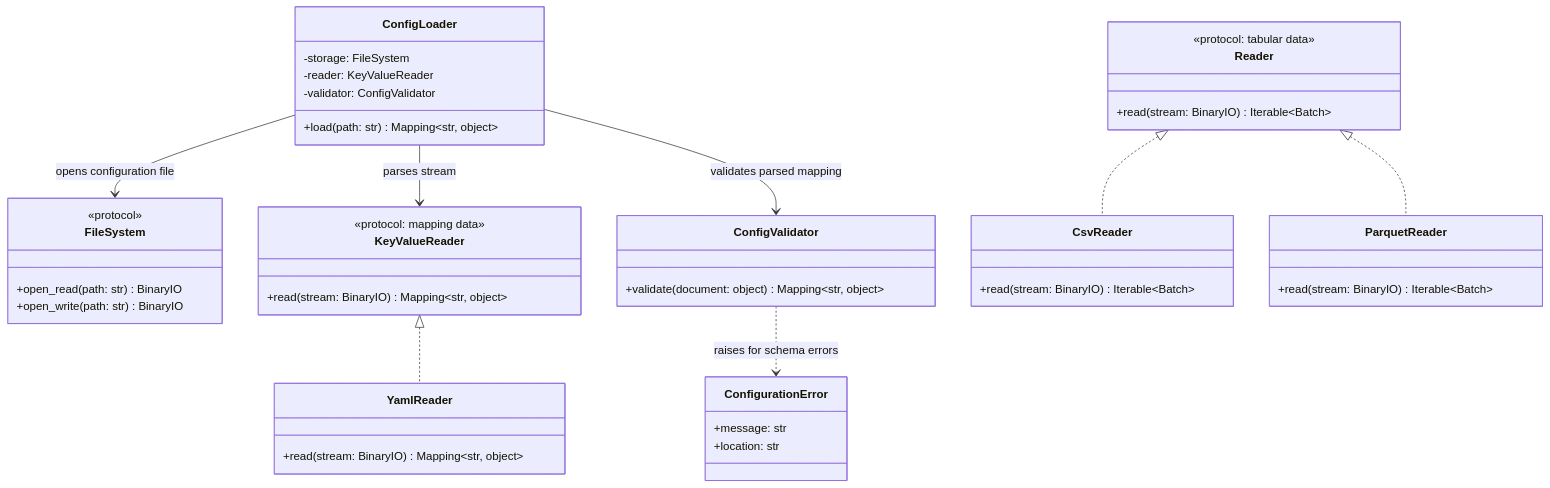
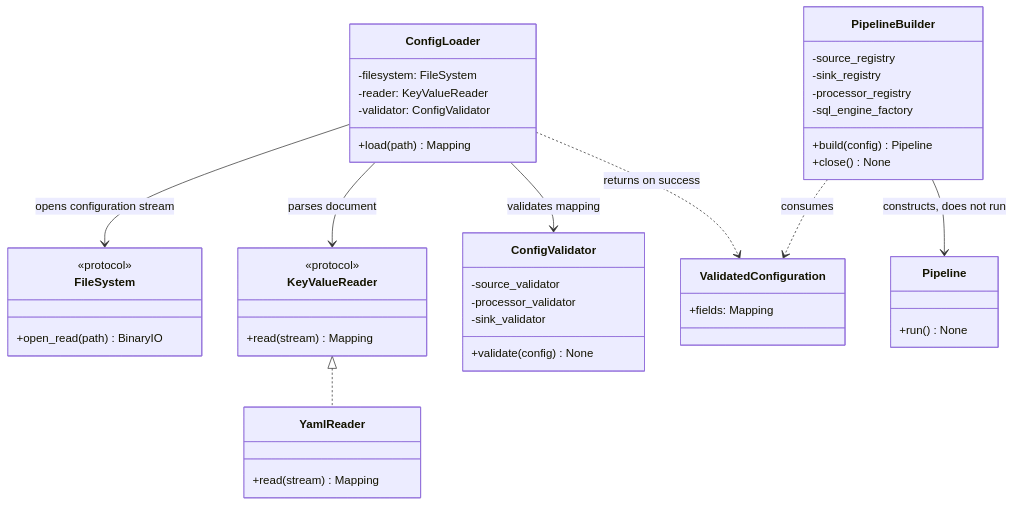
One commit to apaquette/ETLRelay changed the second of 2 diagrams in docs/architecture/configuration-loading.md. Above: the diagram before and after it, drawn with Mermaid. The commit also changed other lines of this file and 38 other files, not shown here.

````diff
--- a/docs/architecture/configuration-loading.md
+++ b/docs/architecture/configuration-loading.md
@@ -17,56 +81,50 @@
 ```mermaid
 classDiagram
     direction TB
 
     class FileSystem {
         <<protocol>>
-        +open_read(path: str) BinaryIO
-        +open_write(path: str) BinaryIO
+        +open_read(path) BinaryIO
+    }
+    class KeyValueReader {
+        <<protocol>>
+        +read(stream) Mapping
+    }
+    class YamlReader {
+        +read(stream) Mapping
+    }
+    class ConfigLoader {
+        -filesystem: FileSystem
+        -reader: KeyValueReader
+        -validator: ConfigValidator
+        +load(path) Mapping
+    }
+    class ConfigValidator {
+        -source_validator
+        -processor_validator
+        -sink_validator
+        +validate(config) None
+    }
+    class PipelineBuilder {
+        -source_registry
+        -sink_registry
+        -processor_registry
+        -sql_engine_factory
+        +build(config) Pipeline
+        +close() None
+    }
+    class Pipeline {
+        +run() None
+    }
+    class ValidatedConfiguration {
+        +fields: Mapping
     }
 
-    class Reader {
-        <<protocol: tabular data>>
-        +read(stream: BinaryIO) Iterable~Batch~
-    }
-
-    class KeyValueReader {
-        <<protocol: mapping data>>
-        +read(stream: BinaryIO) Mapping~str, object~
-    }
-
-    class CsvReader {
-        +read(stream: BinaryIO) Iterable~Batch~
-    }
-
-    class ParquetReader {
-        +read(stream: BinaryIO) Iterable~Batch~
-    }
-
-    class YamlReader {
-        +read(stream: BinaryIO) Mapping~str, object~
-    }
-
-    class ConfigLoader {
-        -storage: FileSystem
-        -reader: KeyValueReader
-        -validator: ConfigValidator
-        +load(path: str) Mapping~str, object~
-    }
-
-    class ConfigValidator {
-        +validate(document: object) Mapping~str, object~
-    }
-
-    class ConfigurationError {
-        +message: str
-        +location: str
-    }
-
-    Reader <|.. CsvReader
-    Reader <|.. ParquetReader
     KeyValueReader <|.. YamlReader
-    ConfigLoader --> FileSystem : opens configuration file
-    ConfigLoader --> KeyValueReader : parses stream
-    ConfigLoader --> ConfigValidator : validates parsed mapping
-    ConfigValidator ..> ConfigurationError : raises for schema errors
+    ConfigLoader --> FileSystem : opens configuration stream
+    ConfigLoader --> KeyValueReader : parses document
+    ConfigLoader --> ConfigValidator : validates mapping
+    ConfigLoader ..> ValidatedConfiguration : returns on success
+    PipelineBuilder ..> ValidatedConfiguration : consumes
+    PipelineBuilder --> Pipeline : constructs, does not run
 ```
````
